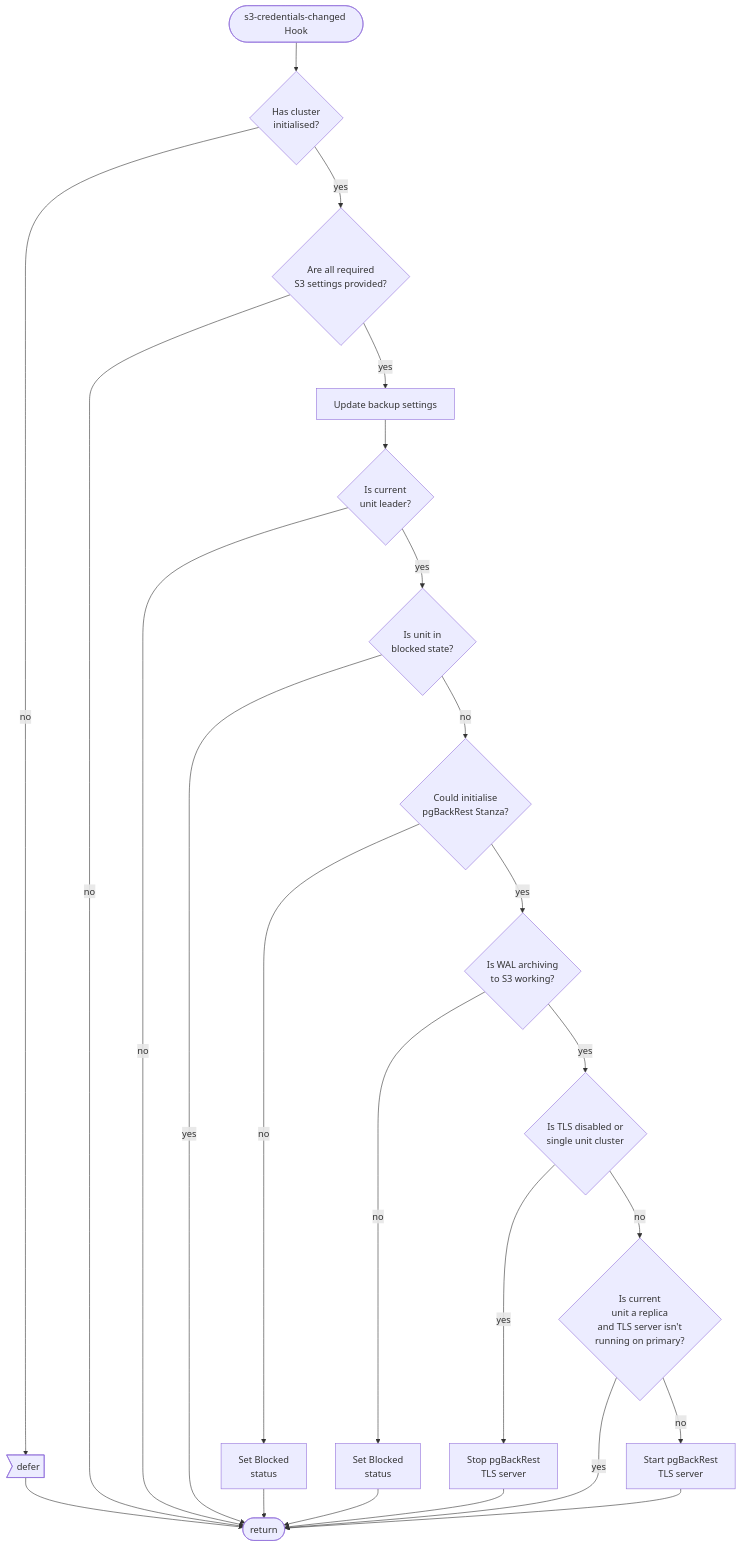
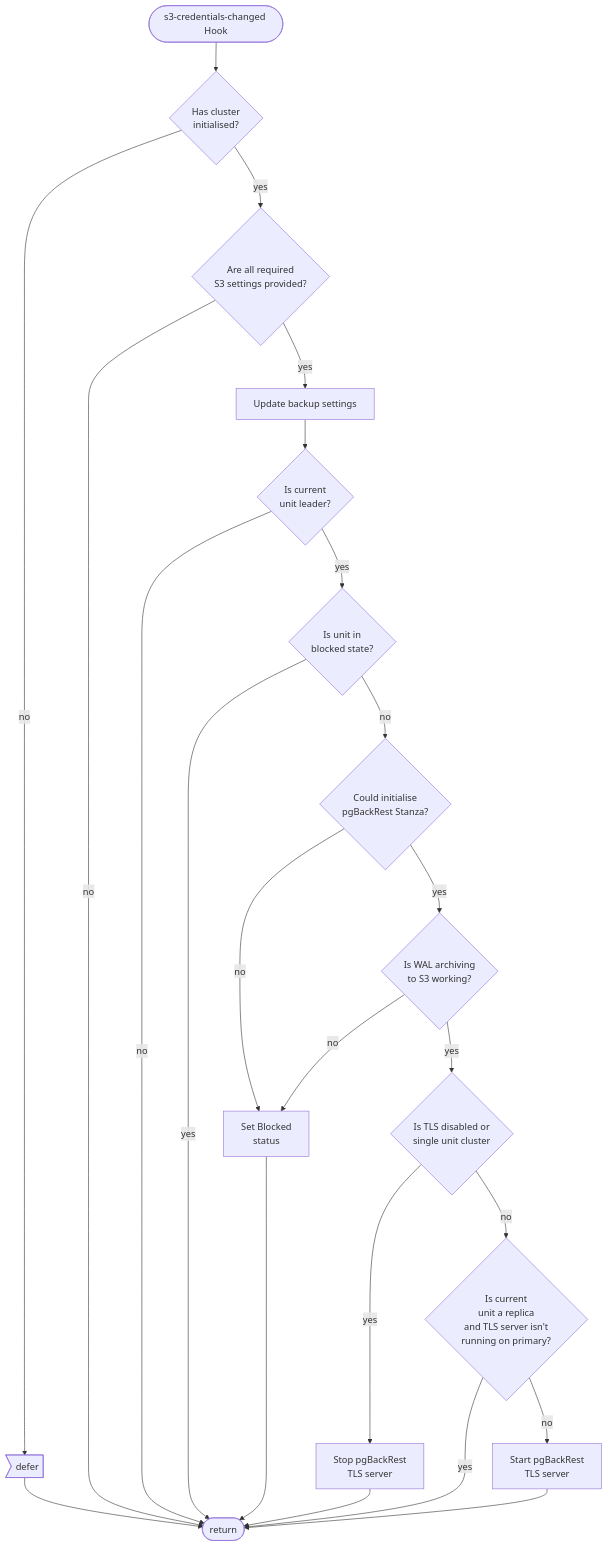
Before and after one commit to canonical/postgresql-k8s-operator: the first of 4 diagrams in docs/reference/backups.md, drawn with Mermaid. The commit also changed other lines of this file, not shown here.

Commit message:
Add On Create Backup Hook diagram

````diff
--- a/docs/reference/backups.md
+++ b/docs/reference/backups.md
@@ -11,26 +11,25 @@
 ```mermaid
 flowchart TD
   hook_fired([s3-credentials-changed Hook]) --> has_cluster_initialised{Has cluster\n initialised?}
   has_cluster_initialised -- no --> defer>defer]
   defer --> rtn([return])
   has_cluster_initialised -- yes --> are_all_required_settings_provided{Are all required\nS3 settings provided?}
   are_all_required_settings_provided -- no --> rtn
   are_all_required_settings_provided -- yes --> render_pgbackrest_config[Update backup settings]
   render_pgbackrest_config --> is_leader{Is current\nunit leader?} 
   is_leader -- no --> rtn
   is_leader -- yes -->  is_blocked{Is unit in\nblocked state?}
   is_blocked -- yes --> rtn
   is_blocked -- no --> could_initialise_stanza{Could initialise\npgBackRest Stanza?}
   could_initialise_stanza -- no --> set_blocked[Set Blocked\nstatus]
   set_blocked --> rtn
   could_initialise_stanza -- yes --> is_wal_archiving_to_s3_working{Is WAL archiving\nto S3 working?}
-  is_wal_archiving_to_s3_working -- no --> set_blocked2[Set Blocked\nstatus]
-  set_blocked2 --> rtn
+  is_wal_archiving_to_s3_working -- no --> set_blocked
   is_wal_archiving_to_s3_working -- yes --> is_tls_disabled_or_single_unit_cluster{Is TLS disabled or\nsingle unit cluster}
   is_tls_disabled_or_single_unit_cluster -- yes --> stop_pgbackrest_tls_server[Stop pgBackRest\nTLS server]
   is_tls_disabled_or_single_unit_cluster -- no --> is_replica_and_tls_server_not_running_on_primary{Is current\nunit a replica\nand TLS server isn't\nrunning on primary?}
   is_replica_and_tls_server_not_running_on_primary -- yes --> rtn 
   stop_pgbackrest_tls_server --> rtn
   is_replica_and_tls_server_not_running_on_primary -- no --> start_pgbackrest_tls_server[Start pgBackRest\nTLS server]
   start_pgbackrest_tls_server --> rtn
 ```
````
